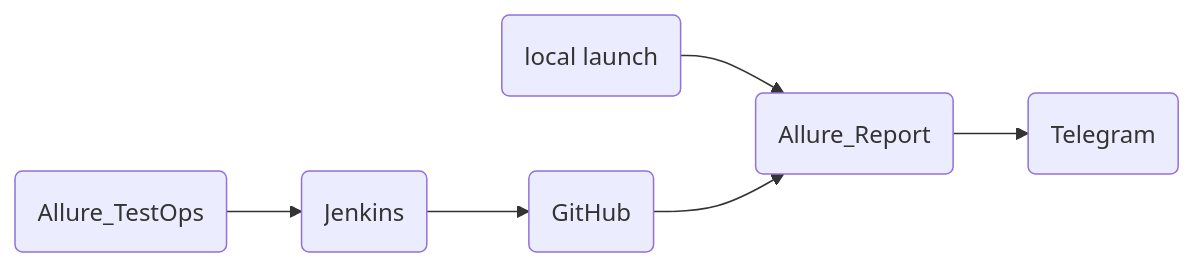
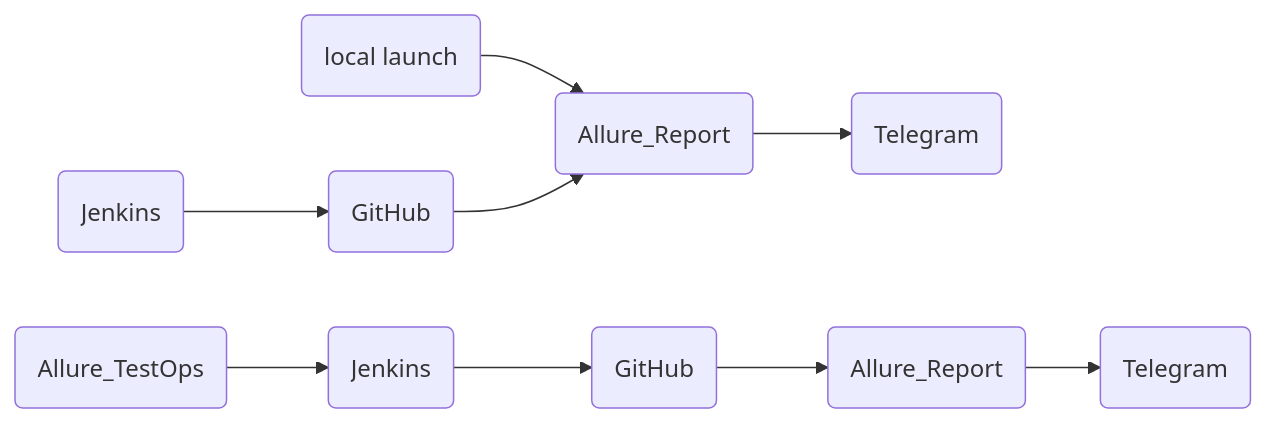
Before and after one commit to maxkonushkin/FirstProject: the diagram in README.md, drawn with Mermaid.

Commit message:
add mermaid

````diff
--- a/README.md
+++ b/README.md
@@ -60,6 +60,6 @@
 ``` mermaid
 flowchart LR;
 A(local launch)-->B(Allure_Report);
     C(Jenkins)-->D(GitHub)-->B(Allure_Report)-->E(Telegram);
-    Q(Allure_TestOps)-->C(Jenkins);
+    Q(Allure_TestOps)-->W(Jenkins)-->R(GitHub)-->T(Allure_Report)-->Y(Telegram); 
 ```
````
